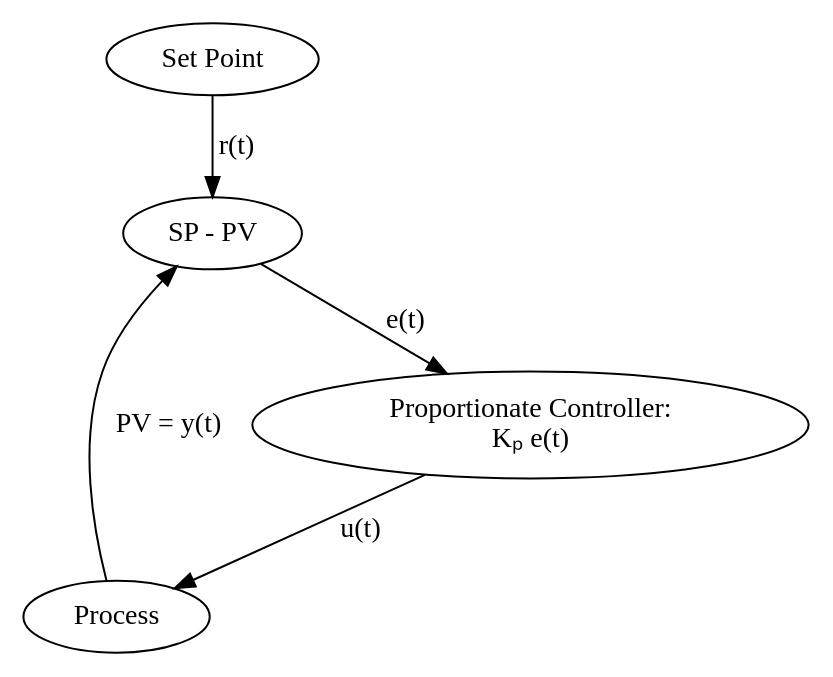
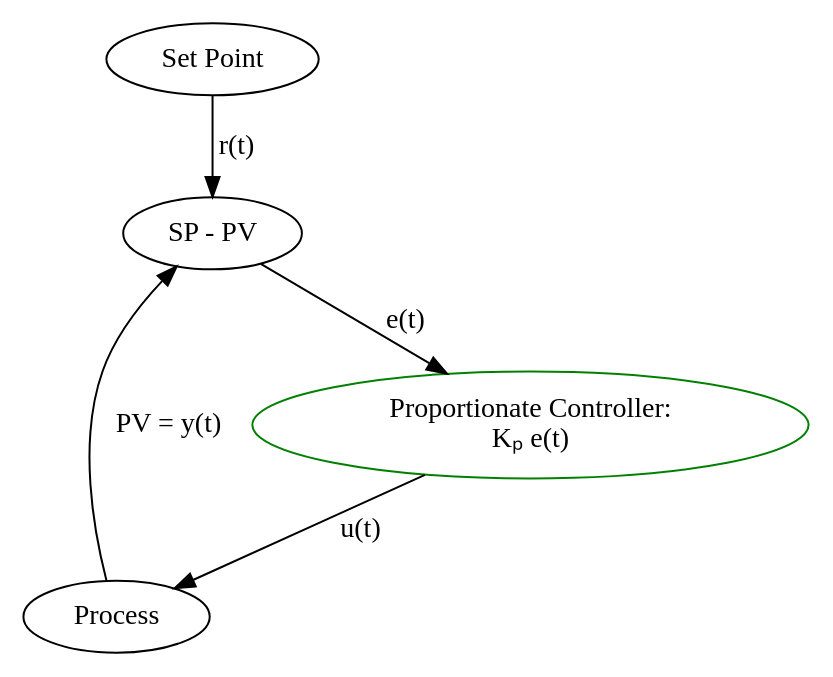
One commit to brain-fuel-co/feedback changed the diagram in pid-dotfiles/p-controller.dot. Above: the diagram before and after it, drawn with Graphviz. The commit also changed 11 other files, not shown here.

```diff
--- a/pid-dotfiles/p-controller.dot
+++ b/pid-dotfiles/p-controller.dot
@@ -1,11 +1,11 @@
 digraph P {
     SP [label="Set Point"];
     PR [label="Process"];
     S1 [label="SP - PV"];
-    P  [label="Proportionate Controller:\nKₚ e(t)"];
+    P  [color=green,label="Proportionate Controller:\nKₚ e(t)"];
 
     SP -> S1 [label="r(t)"];
     PR -> S1 [label="PV = y(t)"];
     S1 -> P  [label="e(t)"];
     P  -> PR [label="u(t)"];
 }
```
